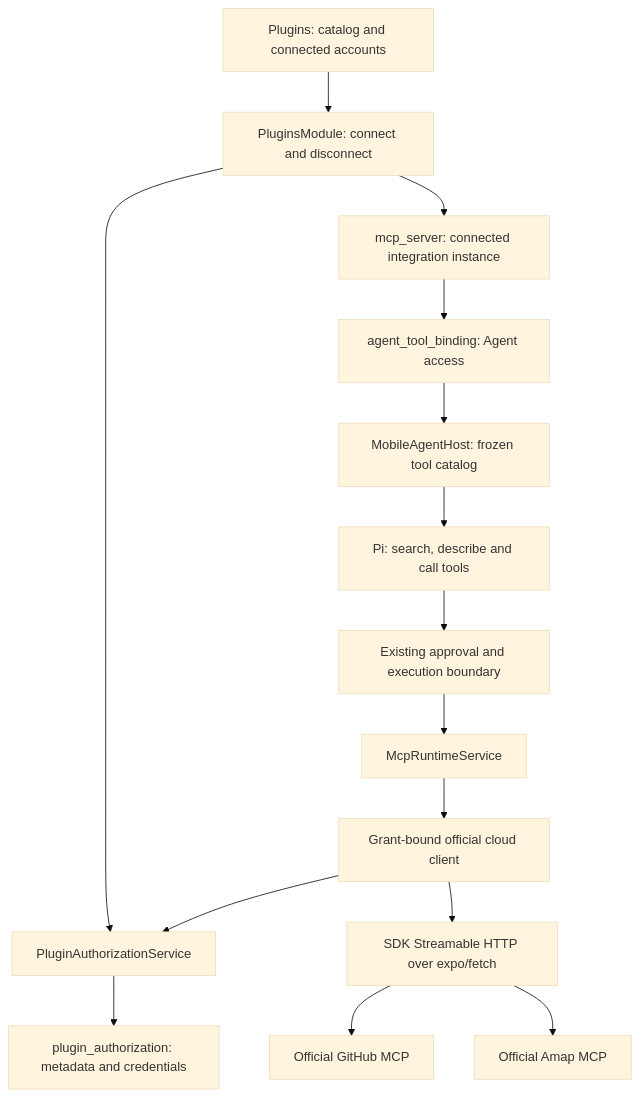
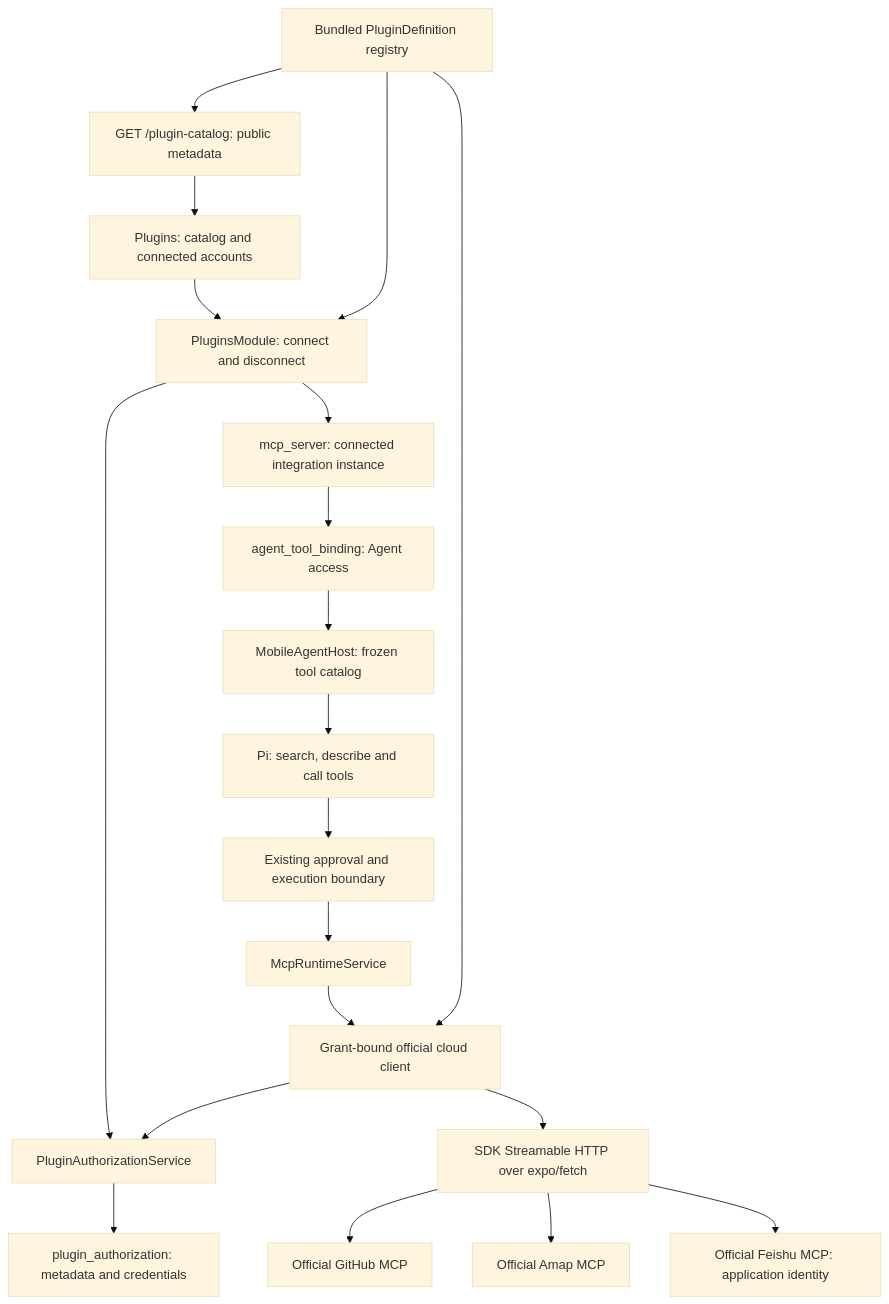
Before and after one commit to CherryHQ/cherry-studio-app: the diagram in docs/references/agent/built-in-mcp-design.md, drawn with Mermaid (base theme). The commit also changed other lines of this file and 50 other files, not shown here.

Commit message:
feat(plugins): add extensible registry and Feishu cloud tools

````diff
--- a/docs/references/agent/built-in-mcp-design.md
+++ b/docs/references/agent/built-in-mcp-design.md
@@ -176,17 +245,22 @@
 ```mermaid
 flowchart TD
-  Settings["Plugins: catalog and connected accounts"] --> Workflow["PluginsModule: connect and disconnect"]
+  Registry["Bundled PluginDefinition registry"] --> Catalog["GET /plugin-catalog: public metadata"]
+  Catalog --> Settings["Plugins: catalog and connected accounts"]
+  Registry --> Workflow["PluginsModule: connect and disconnect"]
+  Settings --> Workflow
+  Registry --> Client["Grant-bound official cloud client"]
   Workflow --> Auth["PluginAuthorizationService"]
   Auth --> AuthTable["plugin_authorization: metadata and credentials"]
   Workflow --> Server["mcp_server: connected integration instance"]
   Server --> Binding["agent_tool_binding: Agent access"]
   Binding --> Host["MobileAgentHost: frozen tool catalog"]
   Host --> Pi["Pi: search, describe and call tools"]
   Pi --> Approval["Existing approval and execution boundary"]
   Approval --> MCP["McpRuntimeService"]
   MCP --> Client["Grant-bound official cloud client"]
   Client --> Auth
   Client --> Remote["SDK Streamable HTTP over expo/fetch"]
   Remote --> GitHub["Official GitHub MCP"]
   Remote --> Amap["Official Amap MCP"]
+  Remote --> Feishu["Official Feishu MCP: application identity"]
 ```
````
